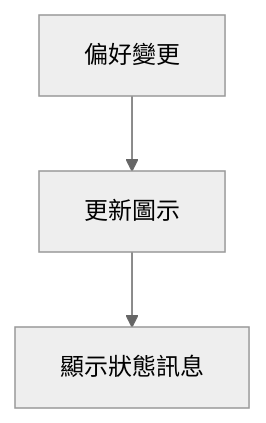
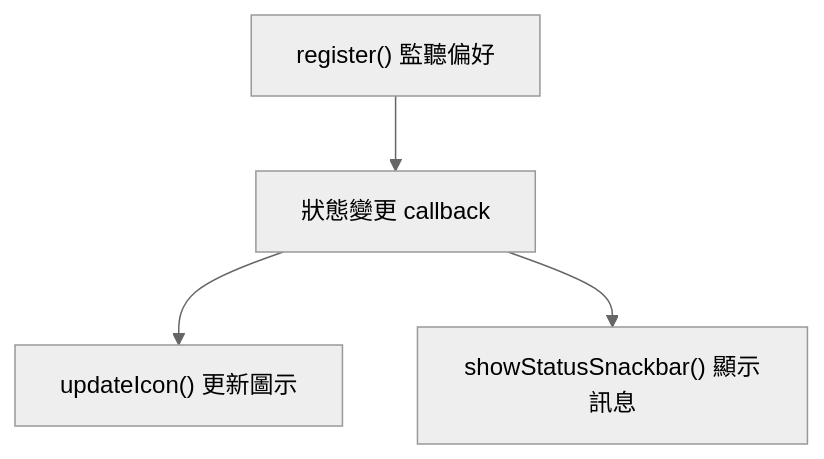
Before and after one commit to Dao-you/SimplestBookAndroid: diagram 19 of 26 in Grading_Criteria.md, drawn with Mermaid (neutral theme). The commit also changed other lines of this file, not shown here.

````diff
--- a/Grading_Criteria.md
+++ b/Grading_Criteria.md
@@ -428,5 +469,6 @@
 ```mermaid
 flowchart TD
-    A[偏好變更] --> B[更新圖示]
-    B --> C[顯示狀態訊息]
+    A["register() 監聽偏好"] --> B["狀態變更 callback"]
+    B --> C["updateIcon() 更新圖示"]
+    B --> D["showStatusSnackbar() 顯示訊息"]
 ```
````
